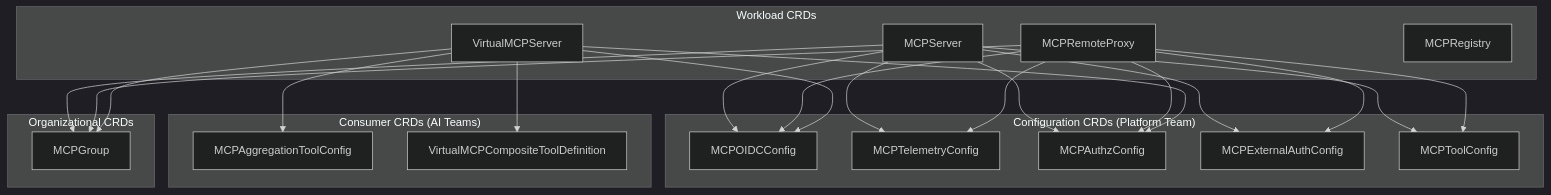
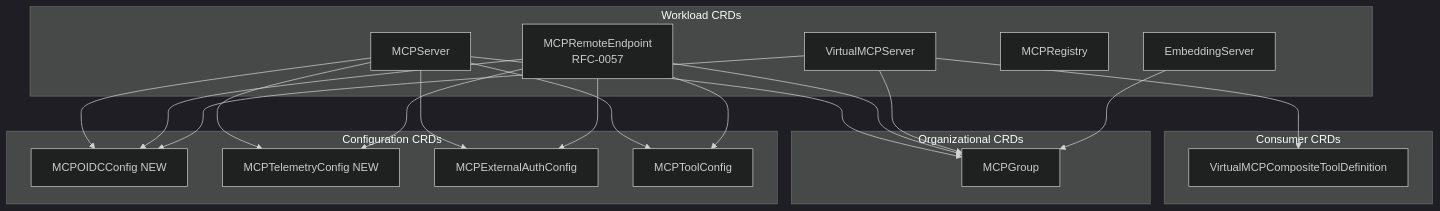
One commit to stacklok/toolhive-rfcs changed the diagram in rfcs/THV-0023-crd-v1beta1-optimization.md. Above: the diagram before and after it, drawn with Mermaid (dark theme). The commit also changed other lines of this file, not shown here.

Commit message:
updates the rfc for beta crd

````diff
--- a/rfcs/THV-0023-crd-v1beta1-optimization.md
+++ b/rfcs/THV-0023-crd-v1beta1-optimization.md
@@ -122,46 +168,43 @@
 ```mermaid
 graph TB
     subgraph "Workload CRDs"
         MCS[MCPServer]
-        MRP[MCPRemoteProxy]
+        MRE[MCPRemoteEndpoint<br/>RFC-0057]
         VMS[VirtualMCPServer]
         MRG[MCPRegistry]
+        EMB[EmbeddingServer]
     end
 
-    subgraph "Configuration CRDs (Platform Team)"
-        OIDC[MCPOIDCConfig]
-        TEL[MCPTelemetryConfig]
-        AUTHZ[MCPAuthzConfig]
+    subgraph "Configuration CRDs"
+        OIDC[MCPOIDCConfig NEW]
+        TEL[MCPTelemetryConfig NEW]
         EXT[MCPExternalAuthConfig]
         TOOL[MCPToolConfig]
     end
 
-    subgraph "Consumer CRDs (AI Teams)"
-        AGG[MCPAggregationToolConfig]
+    subgraph "Consumer CRDs"
         CTD[VirtualMCPCompositeToolDefinition]
     end
 
     subgraph "Organizational CRDs"
         GRP[MCPGroup]
     end
 
     MCS --> OIDC
     MCS --> TEL
-    MCS --> AUTHZ
     MCS --> EXT
     MCS --> TOOL
     MCS --> GRP
 
-    MRP --> OIDC
-    MRP --> TEL
-    MRP --> AUTHZ
-    MRP --> EXT
-    MRP --> TOOL
-    MRP --> GRP
+    MRE --> OIDC
+    MRE --> TEL
+    MRE --> EXT
+    MRE --> TOOL
+    MRE --> GRP
 
     VMS --> OIDC
-    VMS --> AUTHZ
-    VMS --> AGG
     VMS --> CTD
     VMS --> GRP
+
+    EMB --> GRP
 ```
````
